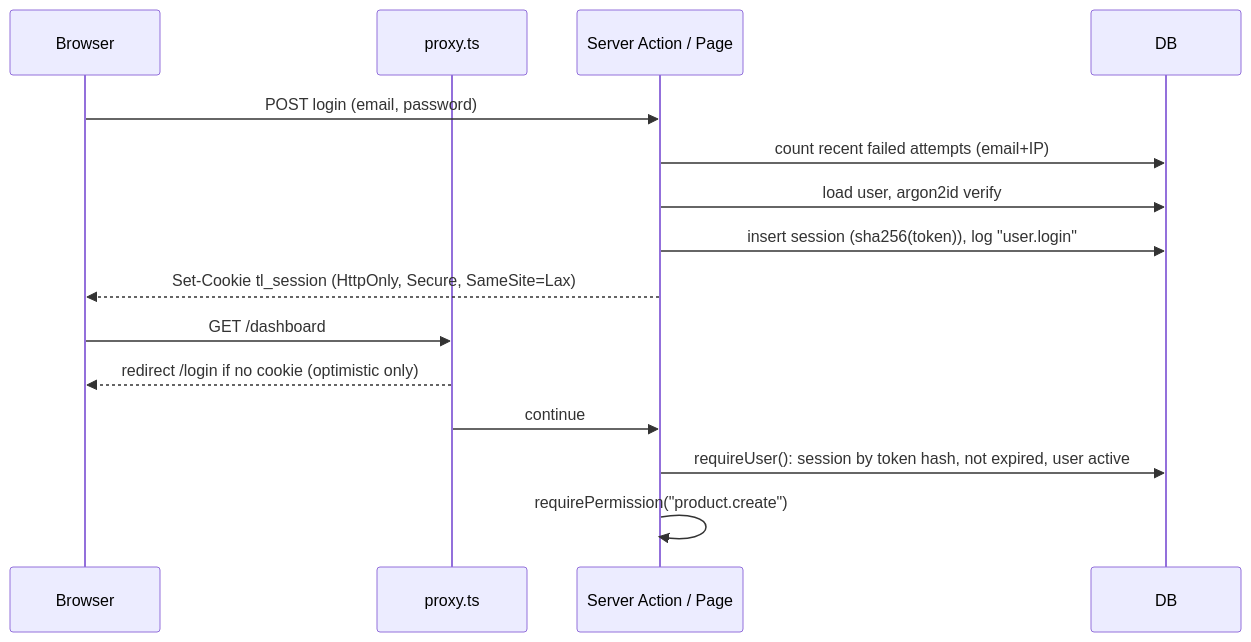
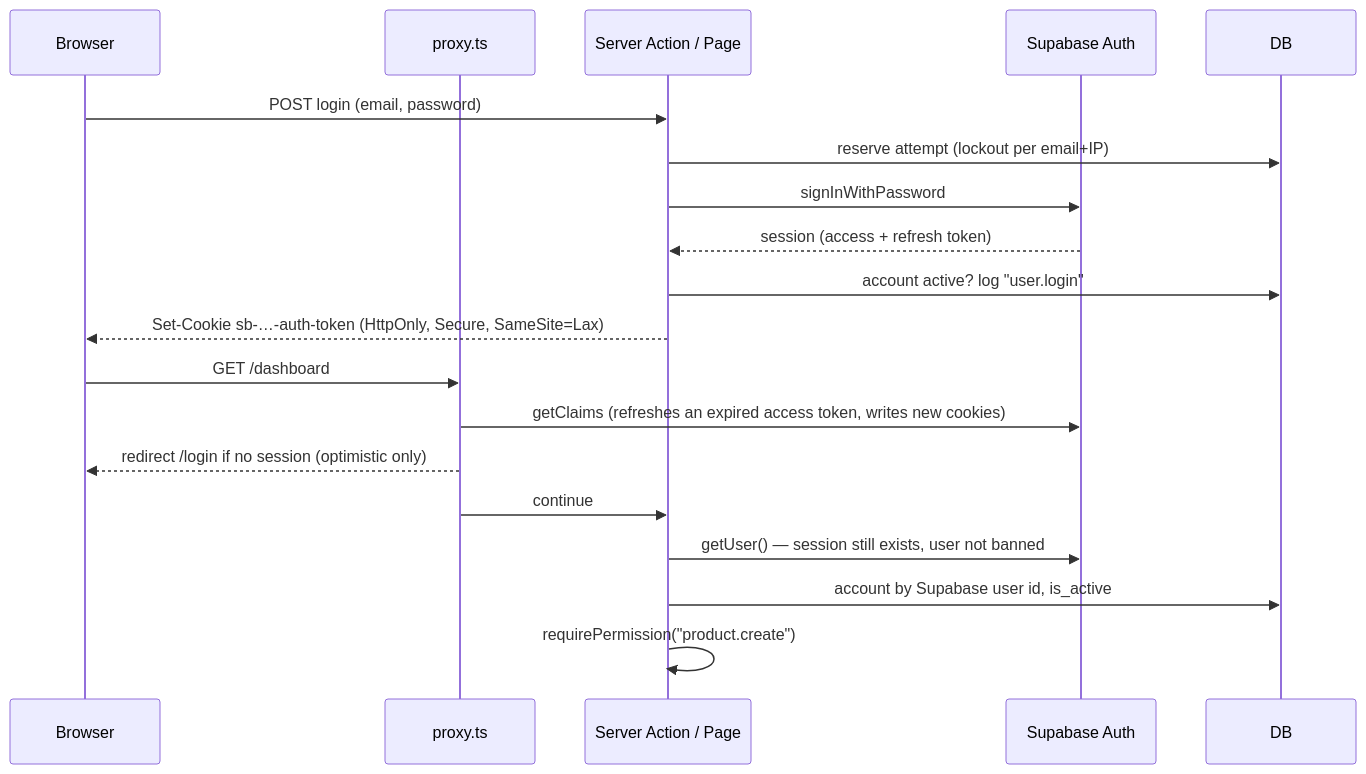
The third of 6 diagrams in docs/ARCHITECTURE.md (rumanmushtaq/Threadline), drawn with Mermaid before and after one commit. The commit also changed other lines of this file and 41 other files, not shown here.

````diff
--- a/docs/ARCHITECTURE.md
+++ b/docs/ARCHITECTURE.md
@@ -116,17 +115,21 @@
 ```mermaid
 sequenceDiagram
   participant B as Browser
   participant P as proxy.ts
   participant S as Server Action / Page
+  participant A as Supabase Auth
   participant DB
   B->>S: POST login (email, password)
-  S->>DB: count recent failed attempts (email+IP)
-  S->>DB: load user, argon2id verify
-  S->>DB: insert session (sha256(token)), log "user.login"
-  S-->>B: Set-Cookie tl_session (HttpOnly, Secure, SameSite=Lax)
+  S->>DB: reserve attempt (lockout per email+IP)
+  S->>A: signInWithPassword
+  A-->>S: session (access + refresh token)
+  S->>DB: account active? log "user.login"
+  S-->>B: Set-Cookie sb-…-auth-token (HttpOnly, Secure, SameSite=Lax)
   B->>P: GET /dashboard
-  P-->>B: redirect /login if no cookie (optimistic only)
+  P->>A: getClaims (refreshes an expired access token, writes new cookies)
+  P-->>B: redirect /login if no session (optimistic only)
   P->>S: continue
-  S->>DB: requireUser(): session by token hash, not expired, user active
+  S->>A: getUser() — session still exists, user not banned
+  S->>DB: account by Supabase user id, is_active
   S->>S: requirePermission("product.create")
 ```
````
